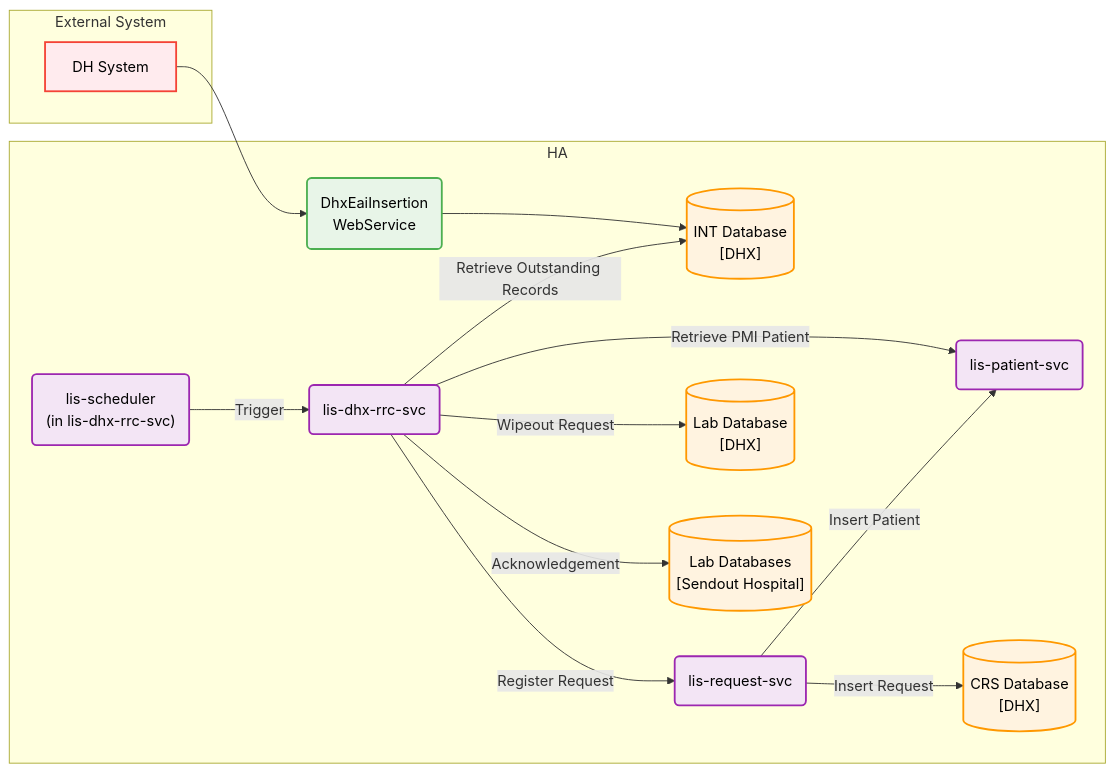
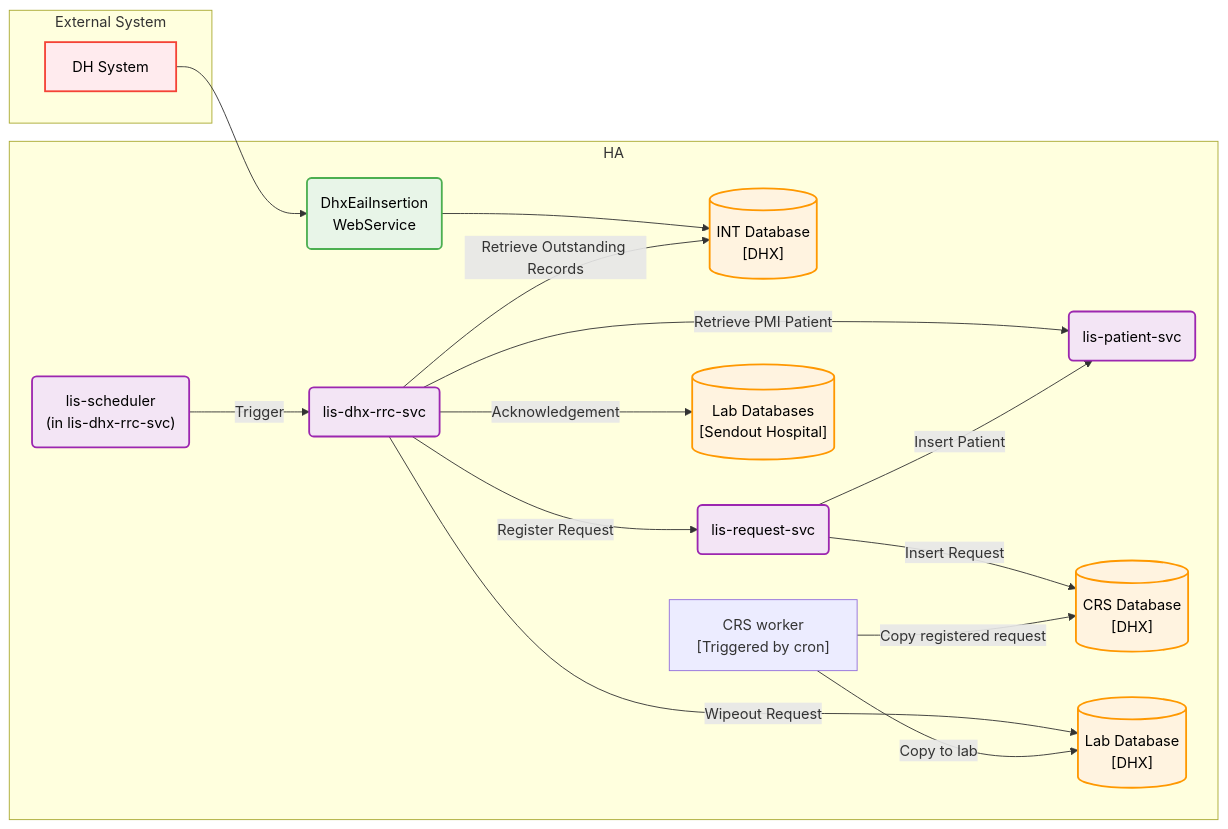
The fourth of 4 diagrams in LIS/JIRA/Develop cloud application `lis-dhx-rrc-svc` to replace the legacy RRC worker and support dynamic Sybase-PostgreSQL database connectivity during DB migration.md (DragonChong/HA-Notes), drawn with Mermaid before and after one commit. The commit also changed 1 other file, not shown here.

Commit message:
vault backup: 2026-07-27 15:36:44

````diff
--- a/LIS/JIRA/Develop cloud application `lis-dhx-rrc-svc` to replace the legacy RRC worker and support dynamic Sybase-PostgreSQL database connectivity during DB migration.md
+++ b/LIS/JIRA/Develop cloud application `lis-dhx-rrc-svc` to replace the legacy RRC worker and support dynamic Sybase-PostgreSQL database connectivity during DB migration.md
@@ -252,38 +252,41 @@
 ```mermaid
 flowchart LR
     subgraph External["External System"]
             DH["DH System"]
     end
     subgraph Internal["HA"]
             WS("DhxEaiInsertion <br> WebService")
             INT_DB[("INT Database<br>[DHX]")]
             SCH_SVC("lis-scheduler<br>(in lis-dhx-rrc-svc)")
             RRC_SVC("lis-dhx-rrc-svc")
             PAT_SVC("lis-patient-svc")
             REQ_SVC("lis-request-svc")
             CRS_DB[("CRS Database<br>[DHX]")]
             LAB_DB[("Lab Database<br>[DHX]")]
             HOSP_DB[("Lab Databases<br>[Sendout Hospital]")]
+            CRS_W["CRS worker<br>[Triggered by cron]"]
     end
     DH --> WS
     WS --> INT_DB
     SCH_SVC -- Trigger--> RRC_SVC
     RRC_SVC -- Retrieve Outstanding Records --> INT_DB
     RRC_SVC -- Retrieve PMI Patient --> PAT_SVC
     RRC_SVC -- Register Request --> REQ_SVC
     RRC_SVC -- Wipeout Request --> LAB_DB
     REQ_SVC -- Insert Request --> CRS_DB
     REQ_SVC -- Insert Patient --> PAT_SVC
     RRC_SVC -- Acknowledgement --> HOSP_DB
+    CRS_W -- Copy registered request --> CRS_DB
+    CRS_W -- Copy to lab --> LAB_DB
 
     classDef external fill:#ffebee,stroke:#f44336,stroke-width:2px,color:#000
     classDef internal fill:#e3f2fd,stroke:#2196f3,stroke-width:2px,color:#000
     classDef webservice fill:#e8f5e8,stroke:#4caf50,stroke-width:2px,color:#000
     classDef database fill:#fff3e0,stroke:#ff9800,stroke-width:2px,color:#000
     classDef service fill:#f3e5f5,stroke:#9c27b0,stroke-width:2px,color:#000
 
     class DH external
     class WS webservice
     class INT_DB,CRS_DB,LAB_DB,HOSP_DB database
     class RRC_SVC,PAT_SVC,REQ_SVC,SCH_SVC service
 ```
````
